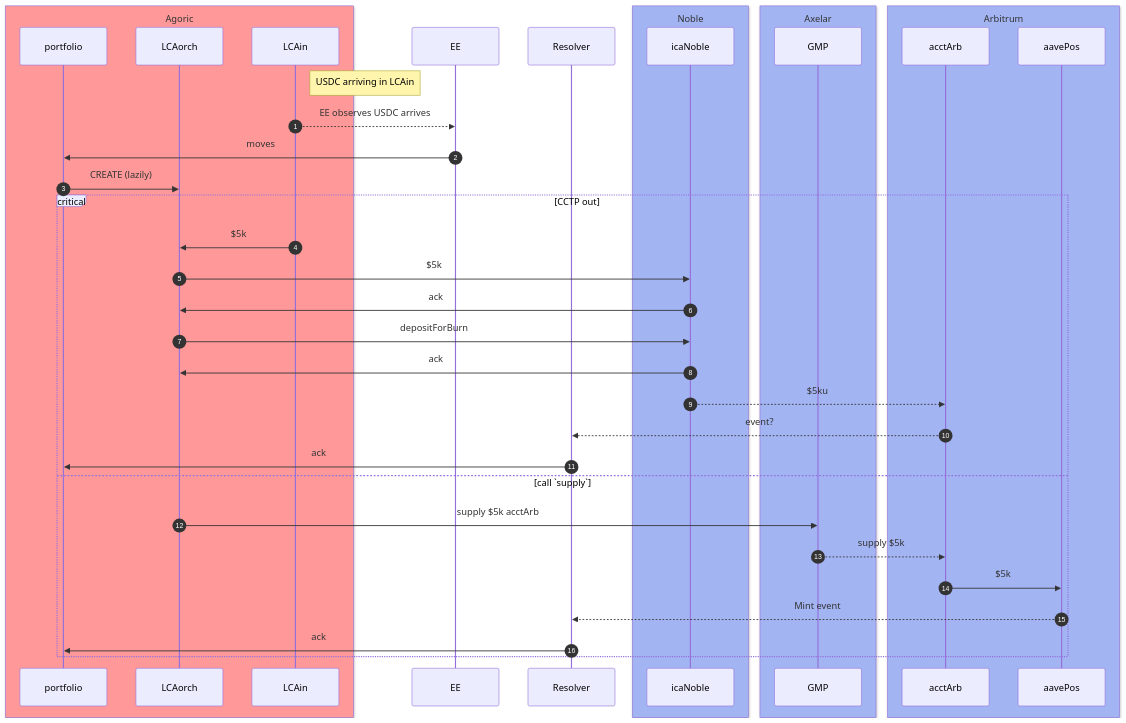
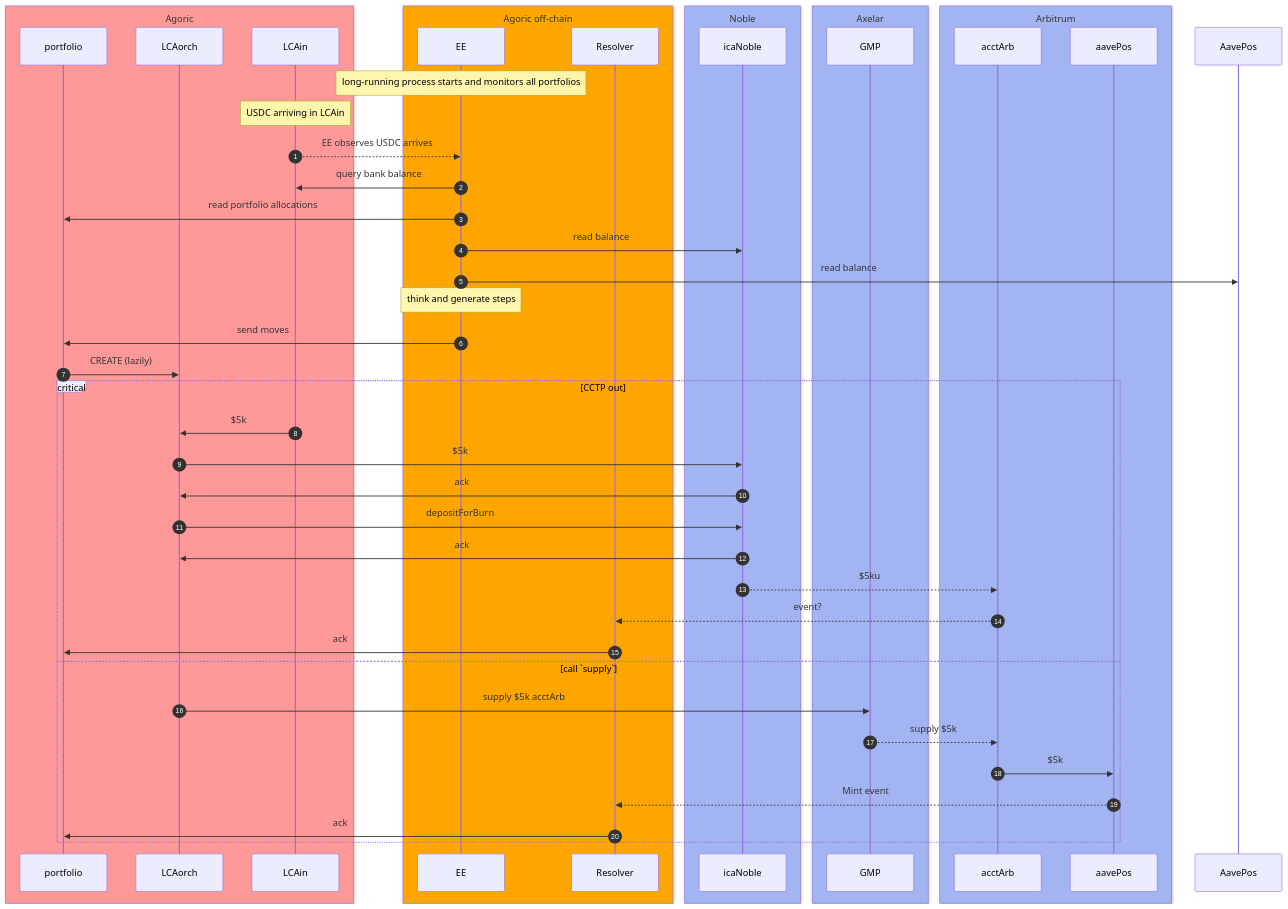
Before and after one commit to Agoric/agoric-sdk: the fifth of 5 diagrams in packages/portfolio-contract/DESIGN-BETA.md, drawn with Mermaid.

Commit message:
docs(portfolio-contract): docs to articulate EE's responsibilities

````diff
--- a/packages/portfolio-contract/DESIGN-BETA.md
+++ b/packages/portfolio-contract/DESIGN-BETA.md
@@ -79,50 +79,58 @@
 ```mermaid
 sequenceDiagram
   autonumber
 
   box rgb(255,153,153) Agoric
     participant portfolio
     participant LCAorch
     participant LCAin
   end
 
-  participant EE
-  participant Res as Resolver
+  box  rgb(255,165,0) Agoric off-chain
+    participant EE
+    participant Res as Resolver
+  end
 
   box rgb(163,180,243) Noble
     participant icaN as icaNoble
   end
 
   box rgb(163,180,243) Axelar
     participant AX as GMP
   end
 
   box rgb(163,180,243) Arbitrum
     participant acctArb
     participant aavePos
   end
 
   %% Notation: ->> for initial message, -->> for consequences
 
-  Note right of LCAin: USDC arriving in LCAin
+  Note over EE: long-running process starts and monitors all portfolios
+  Note over LCAin: USDC arriving in LCAin
   LCAin -->> EE: EE observes USDC arrives
-  EE ->> portfolio: moves
+  EE ->> LCAin: query bank balance
+  EE ->> portfolio: read portfolio allocations
+  EE ->> icaN: read balance
+  EE ->> AavePos: read balance
+  Note over EE: think and generate steps
+  EE ->> portfolio: send moves
   portfolio ->> LCAorch: CREATE (lazily)
   %% Optionally, send to LCAin and have EE do the planning
   critical CCTP out
     LCAin ->> LCAorch: $5k
     LCAorch ->> icaN: $5k
     icaN ->> LCAorch: ack
     LCAorch ->> icaN: depositForBurn
     icaN ->> LCAorch: ack
     icaN -->> acctArb: $5ku
     acctArb -->> Res: event?
     Res ->> portfolio: ack
   option call `supply`
     LCAorch ->> AX: supply $5k acctArb
     AX -->> acctArb: supply $5k
     acctArb ->> aavePos: $5k
     aavePos -->> Res: Mint event
     Res ->> portfolio: ack
   end
 ```
````
